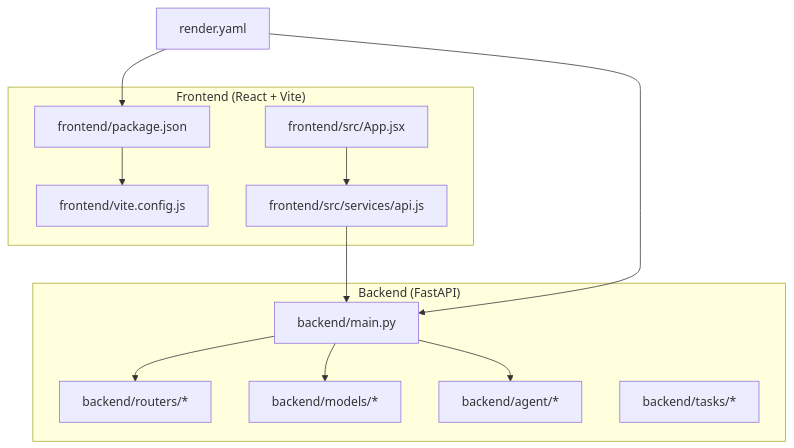
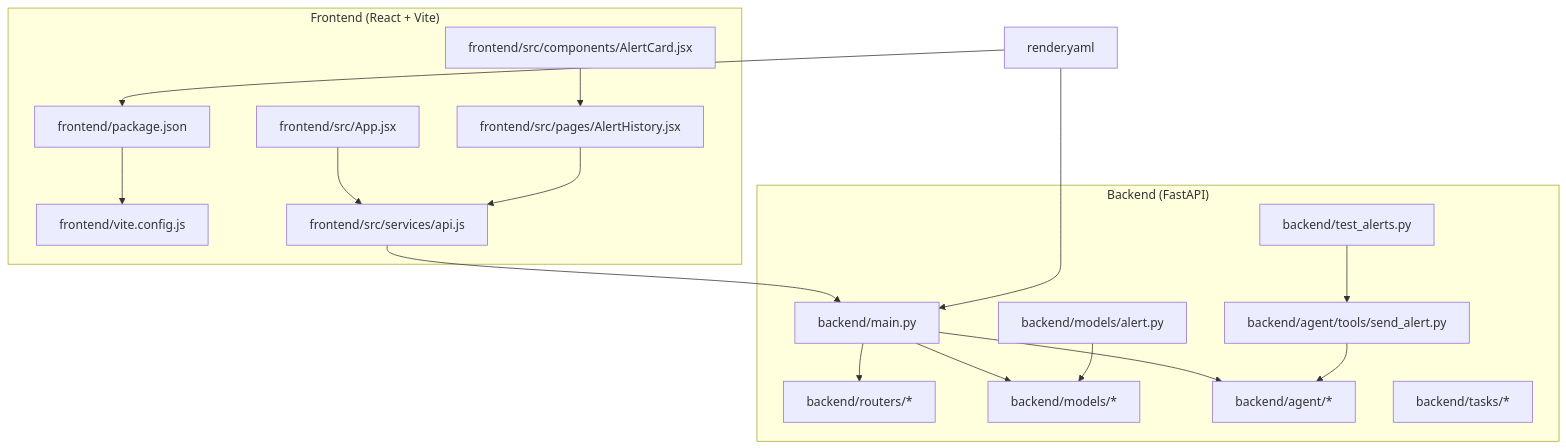
One commit to ishwarambare/ishwarambare-app changed the first of 2 diagrams in .qoder/repowiki/en/content/Getting Started.md. Above: the diagram before and after it, drawn with Mermaid. The commit also changed other lines of this file and 4 other files, not shown here.

First line of the commit message:
test(alerts): add comprehensive testing framework for alert delivery and pipeline

````diff
--- a/.qoder/repowiki/en/content/Getting Started.md
+++ b/.qoder/repowiki/en/content/Getting Started.md
@@ -39,25 +53,35 @@
 ```mermaid
 graph TB
 subgraph "Backend (FastAPI)"
 BM["backend/main.py"]
 BR["backend/routers/*"]
 BD["backend/models/*"]
 BA["backend/agent/*"]
 BT["backend/tasks/*"]
+BALERT["backend/models/alert.py"]
+BTOOLS["backend/agent/tools/send_alert.py"]
+BTEST["backend/test_alerts.py"]
 end
 subgraph "Frontend (React + Vite)"
 FP["frontend/package.json"]
 FV["frontend/vite.config.js"]
 FA["frontend/src/services/api.js"]
 FR["frontend/src/App.jsx"]
+FALERT["frontend/src/pages/AlertHistory.jsx"]
+FCARD["frontend/src/components/AlertCard.jsx"]
 end
 RM["render.yaml"]
 FP --> FV
 FA --> BM
 FR --> FA
 BM --> BR
 BM --> BD
 BM --> BA
+BALERT --> BD
+BTOOLS --> BA
+BTEST --> BTOOLS
+FALERT --> FA
+FCARD --> FALERT
 RM --> BM
 RM --> FP
 ```
````
